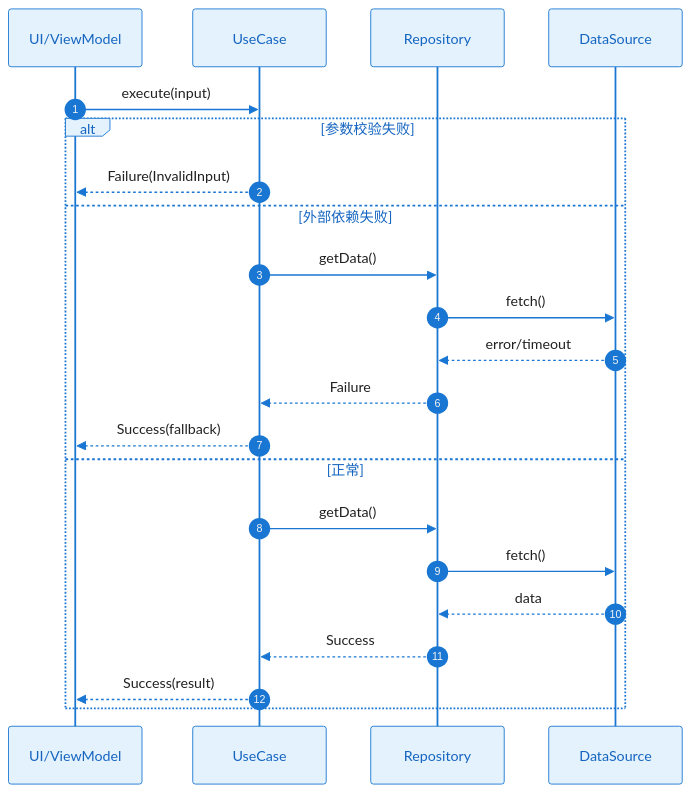
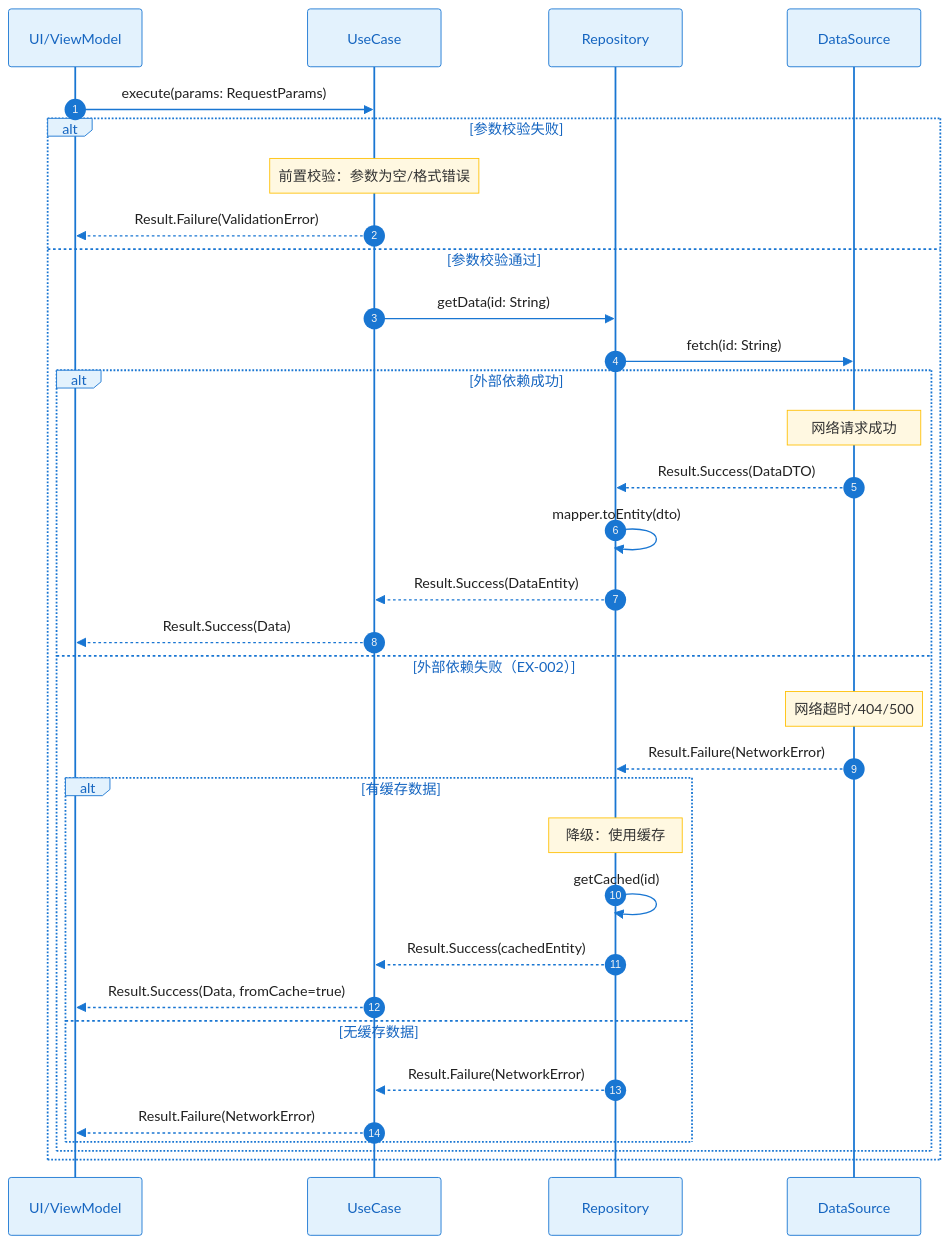
Before and after one commit to jackykarma/Verity: the fifth of 12 diagrams in .specify/templates/plan-template.md, drawn with Mermaid. The commit also changed other lines of this file and 2 other files, not shown here.

````diff
--- a/.specify/templates/plan-template.md
+++ b/.specify/templates/plan-template.md
@@ -384,28 +591,41 @@
 ```mermaid
 %%{init: {'theme': 'base', 'themeVariables': { 'actorBkg': '#E3F2FD', 'actorBorder': '#1976D2', 'actorTextColor': '#1565C0', 'signalColor': '#1976D2', 'signalTextColor': '#212121', 'noteBkgColor': '#FFF8E1', 'noteBorderColor': '#FFC107'}}}%%
 sequenceDiagram
     autonumber
     
     participant UI as UI/ViewModel
     participant UC as UseCase
     participant Repo as Repository
     participant DS as DataSource
 
-    UI->>UC: execute(input)
+    UI->>UC: execute(params: RequestParams)
     
     alt 参数校验失败
-        UC-->>UI: Failure(InvalidInput)
-    else 外部依赖失败
-        UC->>Repo: getData()
-        Repo->>DS: fetch()
-        DS-->>Repo: error/timeout
-        Repo-->>UC: Failure
-        UC-->>UI: Success(fallback)
-    else 正常
-        UC->>Repo: getData()
-        Repo->>DS: fetch()
-        DS-->>Repo: data
-        Repo-->>UC: Success
-        UC-->>UI: Success(result)
+        Note over UC: 前置校验：参数为空/格式错误
+        UC-->>UI: Result.Failure(ValidationError)
+    else 参数校验通过
+        UC->>Repo: getData(id: String)
+        Repo->>DS: fetch(id: String)
+        
+        alt 外部依赖成功
+            Note over DS: 网络请求成功
+            DS-->>Repo: Result.Success(DataDTO)
+            Repo->>Repo: mapper.toEntity(dto)
+            Repo-->>UC: Result.Success(DataEntity)
+            UC-->>UI: Result.Success(Data)
+        else 外部依赖失败（EX-002）
+            Note over DS: 网络超时/404/500
+            DS-->>Repo: Result.Failure(NetworkError)
+            
+            alt 有缓存数据
+                Note over Repo: 降级：使用缓存
+                Repo->>Repo: getCached(id)
+                Repo-->>UC: Result.Success(cachedEntity)
+                UC-->>UI: Result.Success(Data, fromCache=true)
+            else 无缓存数据
+                Repo-->>UC: Result.Failure(NetworkError)
+                UC-->>UI: Result.Failure(NetworkError)
+            end
+        end
     end
 ```
````
